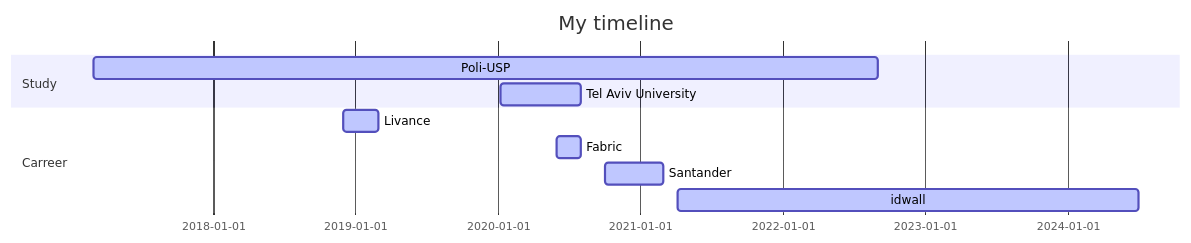
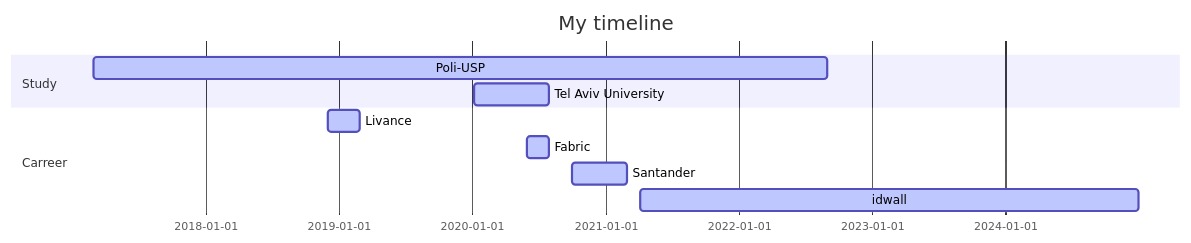
One commit to guerchen/guerchen changed the diagram in README.md. Above: the diagram before and after it, drawn with Mermaid.

````diff
--- a/README.md
+++ b/README.md
@@ -6,16 +6,16 @@
 ```mermaid
 
 gantt
 dateFormat YYYY-MM-DD
 title My timeline
 
 section Study
 Poli-USP                 :active,, 2017-03-01,2022-09-01
 Tel Aviv University      :active,, 2020-01-08,2020-07-31
 
 section Carreer
 Livance                  :active,, 2018-12-01,2019-02-28
 Fabric                   :active,, 2020-06-01,2020-07-31
 Santander                :active,, 2020-10-01,2021-03-01
-idwall                   :active,, 2021-04-05,2024-06-30
+idwall                   :active,, 2021-04-05,2024-12-30
 ```
````
